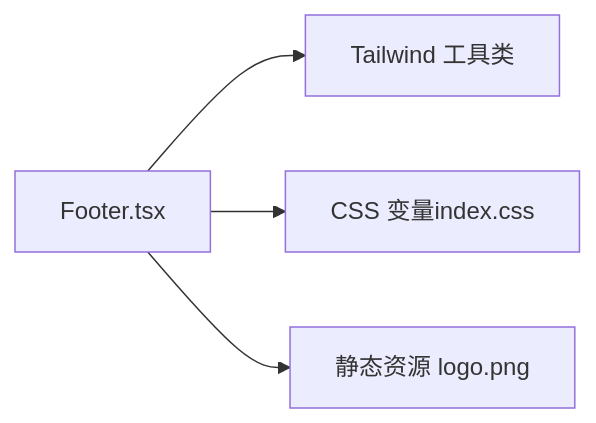
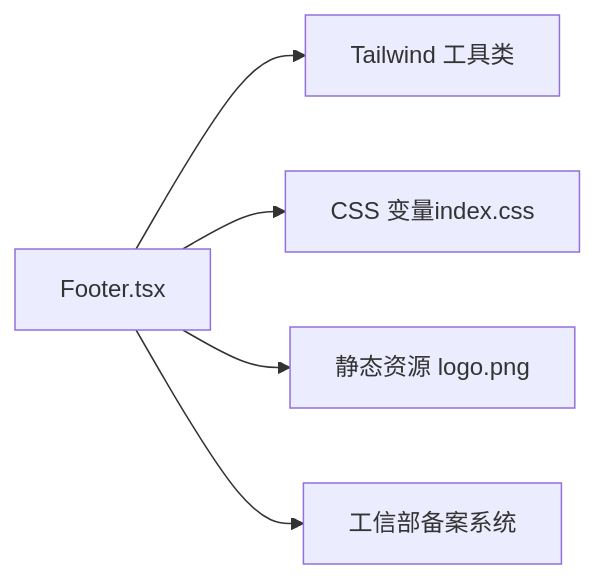
The third of 4 diagrams in .qoder/repowiki/zh/content/架构设计/组件架构/页面组件/Footer组件.md (Primoguo/naolizhi.cn), drawn with Mermaid before and after one commit. The commit also changed other lines of this file and 73 other files, not shown here.

````diff
--- a/.qoder/repowiki/zh/content/架构设计/组件架构/页面组件/Footer组件.md
+++ b/.qoder/repowiki/zh/content/架构设计/组件架构/页面组件/Footer组件.md
@@ -203,6 +230,7 @@
 ```mermaid
 graph LR
 Footer["Footer.tsx"] --> Tailwind["Tailwind 工具类"]
 Footer --> ThemeVars["CSS 变量index.css"]
 Footer --> StaticRes["静态资源 logo.png"]
+Footer --> MIIT["工信部备案系统"]
 ```
````
